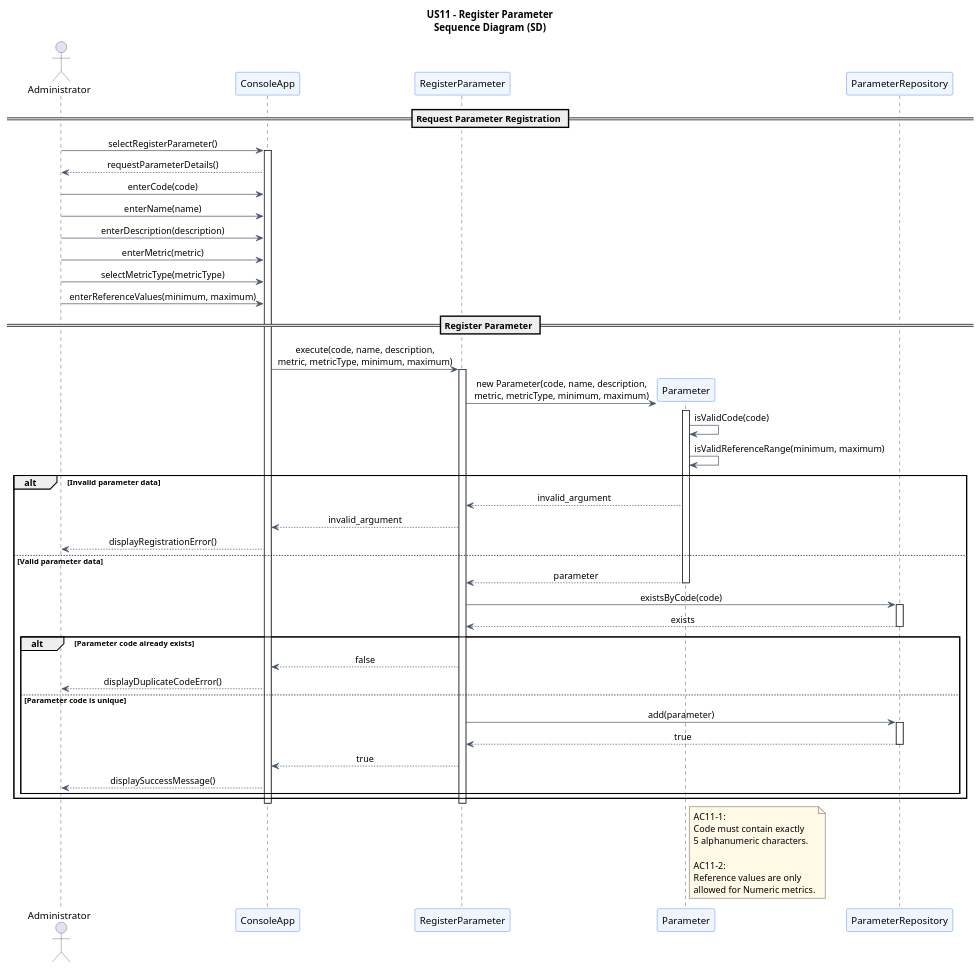
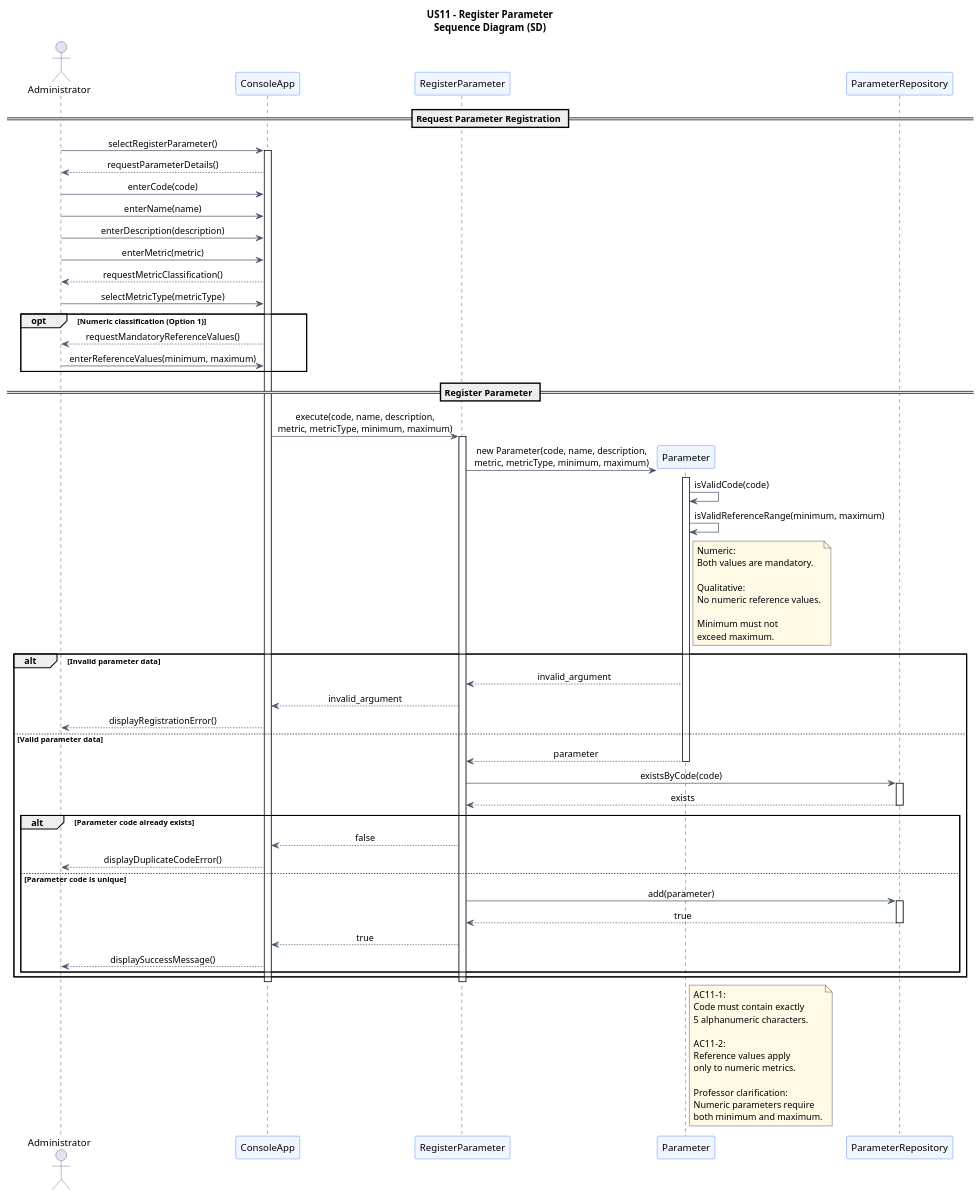
The diagram in docs/system-documentation/US11/puml/US11-SD.puml (jmaia574/leti-esoft-26-27-B6), drawn with PlantUML before and after one commit. The commit also changed 6 other files, not shown here.

```diff
--- a/docs/system-documentation/US11/puml/US11-SD.puml
+++ b/docs/system-documentation/US11/puml/US11-SD.puml
@@ -1,89 +1,128 @@
 @startuml
+
 title US11 - Register Parameter\nSequence Diagram (SD)
 
 skinparam backgroundColor #FFFFFF
 skinparam shadowing false
 skinparam sequenceMessageAlign center
 skinparam responseMessageBelowArrow true
 skinparam ParticipantBorderColor #2563EB
 skinparam ParticipantBackgroundColor #EFF6FF
 skinparam ActorBorderColor #334155
 skinparam ArrowColor #475569
 skinparam NoteBackgroundColor #FFF9E6
 
 actor "Administrator" as Admin
 
 participant "ConsoleApp" as UI
 participant "RegisterParameter" as Service
 participant "Parameter" as Parameter
 participant "ParameterRepository" as Repository
 
 == Request Parameter Registration ==
 
 Admin -> UI : selectRegisterParameter()
 activate UI
 
 UI --> Admin : requestParameterDetails()
 
 Admin -> UI : enterCode(code)
 Admin -> UI : enterName(name)
 Admin -> UI : enterDescription(description)
 Admin -> UI : enterMetric(metric)
+
+UI --> Admin : requestMetricClassification()
 Admin -> UI : selectMetricType(metricType)
-Admin -> UI : enterReferenceValues(minimum, maximum)
+
+opt Numeric classification (Option 1)
+
+    UI --> Admin : requestMandatoryReferenceValues()
+
+    Admin -> UI : enterReferenceValues(minimum, maximum)
+
+end
 
 == Register Parameter ==
 
 UI -> Service : execute(code, name, description,\nmetric, metricType, minimum, maximum)
 activate Service
 
 create Parameter
+
 Service -> Parameter : new Parameter(code, name, description,\nmetric, metricType, minimum, maximum)
 activate Parameter
 
 Parameter -> Parameter : isValidCode(code)
+
 Parameter -> Parameter : isValidReferenceRange(minimum, maximum)
 
+note right of Parameter
+Numeric:
+Both values are mandatory.
+
+Qualitative:
+No numeric reference values.
+
+Minimum must not
+exceed maximum.
+end note
+
 alt Invalid parameter data
+
     Parameter --> Service : invalid_argument
+
     Service --> UI : invalid_argument
+
     UI --> Admin : displayRegistrationError()
+
 else Valid parameter data
+
     Parameter --> Service : parameter
     deactivate Parameter
 
     Service -> Repository : existsByCode(code)
     activate Repository
 
     Repository --> Service : exists
     deactivate Repository
 
     alt Parameter code already exists
+
         Service --> UI : false
+
         UI --> Admin : displayDuplicateCodeError()
+
     else Parameter code is unique
+
         Service -> Repository : add(parameter)
         activate Repository
 
         Repository --> Service : true
         deactivate Repository
 
         Service --> UI : true
+
         UI --> Admin : displaySuccessMessage()
+
     end
+
 end
 
 deactivate Service
 deactivate UI
 
 note right of Parameter
 AC11-1:
 Code must contain exactly
 5 alphanumeric characters.
 
 AC11-2:
-Reference values are only
-allowed for Numeric metrics.
+Reference values apply
+only to numeric metrics.
+
+Professor clarification:
+Numeric parameters require
+both minimum and maximum.
 end note
 
 @enduml
```
